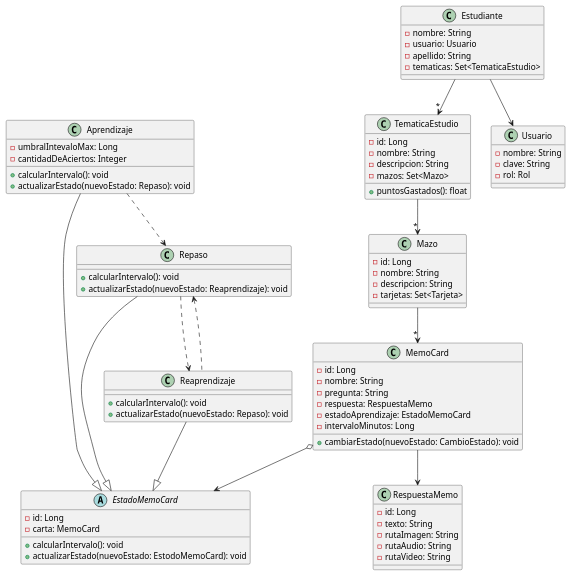
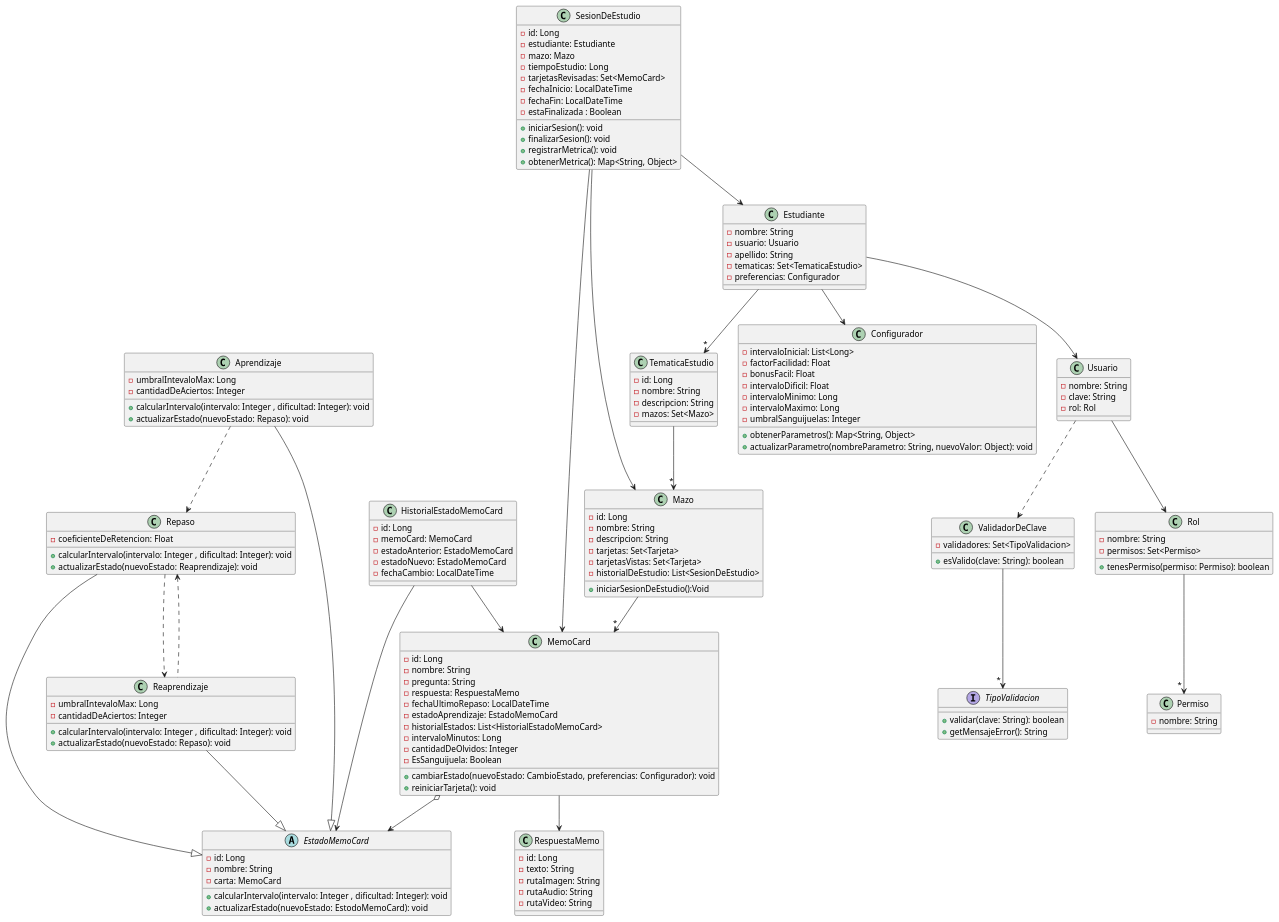
Before and after one commit to nehuen-b-a/MemoCards: the diagram in documentos/diagramas/DiagramaDeClases.puml, drawn with PlantUML.

Commit message:
documetos: Segunda iteración del diseño del sistema

```diff
--- a/documentos/diagramas/DiagramaDeClases.puml
+++ b/documentos/diagramas/DiagramaDeClases.puml
@@ -6,13 +6,11 @@
 class TematicaEstudio {
 '-------ATRIBUTOS----------
  - id: Long
-' - estudiante: Estudiante
  - nombre: String
  - descripcion: String
  - mazos: Set<Mazo>
 
  '-------METODOS----------
- + puntosGastados(): float
 }
 
 TematicaEstudio -->"*"Mazo
@@ -25,13 +23,14 @@
 class Mazo {
 '-------ATRIBUTOS----------
  - id: Long
-' - estudiante: Estudiante
  - nombre: String
  - descripcion: String
  - tarjetas: Set<Tarjeta>
+ - tarjetasVistas: Set<Tarjeta>
+ - historialDeEstudio: List<SesionDeEstudio>
 
  '-------METODOS----------
-
++iniciarSesionDeEstudio():Void
 }
 
 Mazo -->"*"MemoCard
@@ -44,16 +43,47 @@
  - nombre: String
  - pregunta: String
  - respuesta: RespuestaMemo
+ - fechaUltimoRepaso: LocalDateTime
  - estadoAprendizaje: EstadoMemoCard
+ - historialEstados: List<HistorialEstadoMemoCard>
  - intervaloMinutos: Long
+ - cantidadDeOlvidos: Integer
+ - EsSanguijuela: Boolean
 
  '-------METODOS----------
- + cambiarEstado(nuevoEstado: CambioEstado): void
+ + cambiarEstado(nuevoEstado: CambioEstado, preferencias: Configurador): void
+ + reiniciarTarjeta(): void
 
 }
 
 MemoCard --> RespuestaMemo
 MemoCard o--> EstadoMemoCard
+
+
+' -----------------------------------------
+
+class SesionDeEstudio {
+'-------ATRIBUTOS----------
+ - id: Long
+ - estudiante: Estudiante
+ - mazo: Mazo
+ - tiempoEstudio: Long
+ - tarjetasRevisadas: Set<MemoCard>
+ - fechaInicio: LocalDateTime
+ - fechaFin: LocalDateTime
+ - estaFinalizada : Boolean
+
+'-------METODOS----------
++ iniciarSesion(): void
++ finalizarSesion(): void
++ registrarMetrica(): void
++ obtenerMetrica(): Map<String, Object>
+}
+
+' Relación con Estudiante y Mazo
+SesionDeEstudio --> Estudiante
+SesionDeEstudio --> Mazo
+SesionDeEstudio --> MemoCard
 
 ' -----------------------------------------
 
@@ -72,9 +102,10 @@
 Abstract EstadoMemoCard {
 '-------ATRIBUTOS----------
  - id: Long
+ - nombre: String
  - carta: MemoCard
  '-------METODOS-----------
-+calcularIntervalo(): void
++calcularIntervalo(intervalo: Integer , dificultad: Integer): void
 +actualizarEstado(nuevoEstado: EstodoMemoCard): void
 }
 
@@ -85,7 +116,7 @@
  -umbralIntevaloMax: Long
  -cantidadDeAciertos: Integer
 '-------METODOS----------
- +calcularIntervalo(): void
++calcularIntervalo(intervalo: Integer , dificultad: Integer): void
  +actualizarEstado(nuevoEstado: Repaso): void
 }
 Aprendizaje --|> EstadoMemoCard
@@ -94,26 +125,53 @@
 
 class Repaso {
 '-------ATRIBUTOS----------
-
+-coeficienteDeRetencion: Float
 '-------METODOS----------
- +calcularIntervalo(): void
++calcularIntervalo(intervalo: Integer , dificultad: Integer): void
  +actualizarEstado(nuevoEstado: Reaprendizaje): void
 }
 Repaso --|> EstadoMemoCard
 Repaso ..> Reaprendizaje
+
 ' -----------------------------------------
 class Reaprendizaje {
 '-------ATRIBUTOS----------
-
+ -umbralIntevaloMax: Long
+ -cantidadDeAciertos: Integer
 '-------METODOS----------
- +calcularIntervalo(): void
++calcularIntervalo(intervalo: Integer , dificultad: Integer): void
  +actualizarEstado(nuevoEstado: Repaso): void
 }
 Reaprendizaje --|> EstadoMemoCard
 Repaso <.. Reaprendizaje
 ' -----------------------------------------
+class HistorialEstadoMemoCard {
+'----- ATRIBUTOS ---------
+    - id: Long
+    - memoCard: MemoCard
+    - estadoAnterior: EstadoMemoCard
+    - estadoNuevo: EstadoMemoCard
+    - fechaCambio: LocalDateTime
+}
+HistorialEstadoMemoCard --> MemoCard
+HistorialEstadoMemoCard --> EstadoMemoCard
 
+' -----------------------------------------
 
+class Configurador {
+'-------ATRIBUTOS----------
+ - intervaloInicial: List<Long>
+ - factorFacilidad: Float
+ - bonusFacil: Float
+ - intervaloDificil: Float
+ - intervaloMinimo: Long
+ - intervaloMaximo: Long
+ - umbralSanguijuelas: Integer
+
+'-------METODOS----------
+ + obtenerParametros(): Map<String, Object>
+ + actualizarParametro(nombreParametro: String, nuevoValor: Object): void
+}
 
 
 ' -----------------------------------------
@@ -124,10 +182,12 @@
  - usuario: Usuario
  - apellido: String
  - tematicas: Set<TematicaEstudio>
+ - preferencias: Configurador
 '-------METODOS----------
 }
 Estudiante --> Usuario
 Estudiante -->"*" TematicaEstudio
+Estudiante --> Configurador
 
 ' -----------------------------------------
 
@@ -138,8 +198,6 @@
  '+ cambiarClave(clave: String, validador: ValidadorDeClave): void
 }
 
-
-/'
 
 Usuario --> Rol
 Usuario ..> ValidadorDeClave
@@ -176,7 +234,7 @@
  + validar(clave: String): boolean
  + getMensajeError(): String
 }
-'/
+
 
 
 
```
